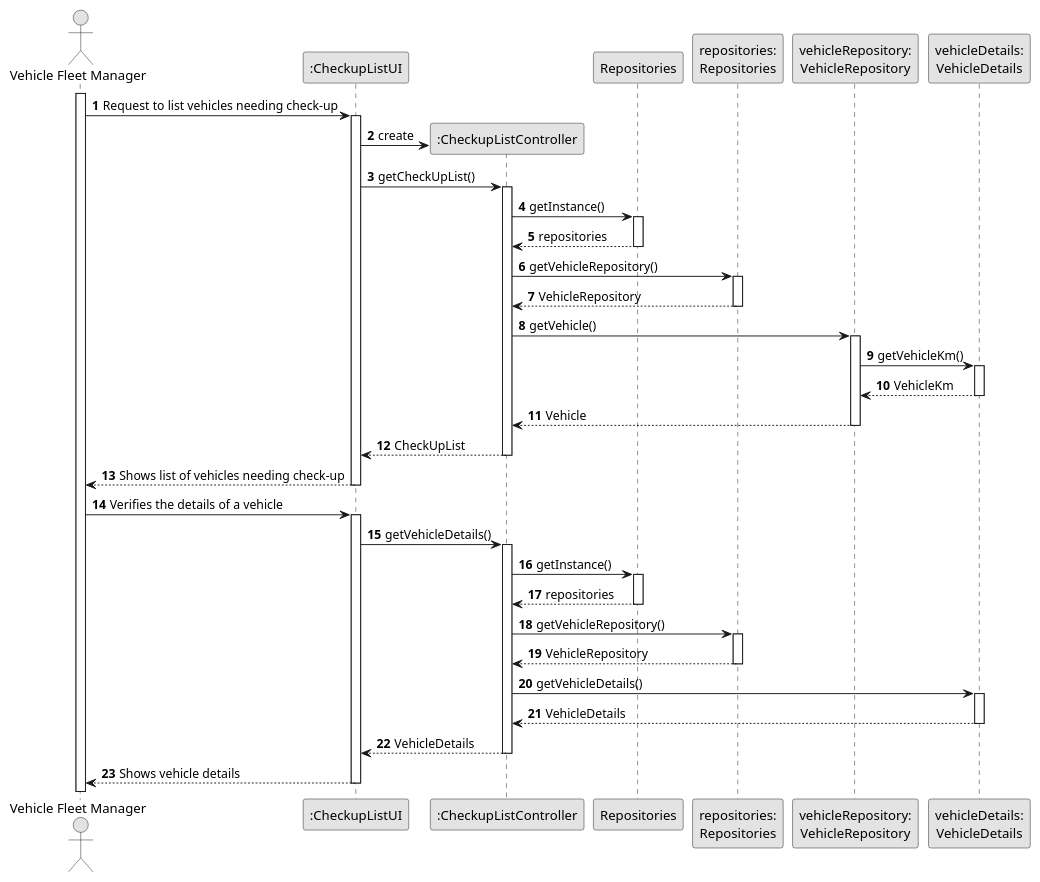
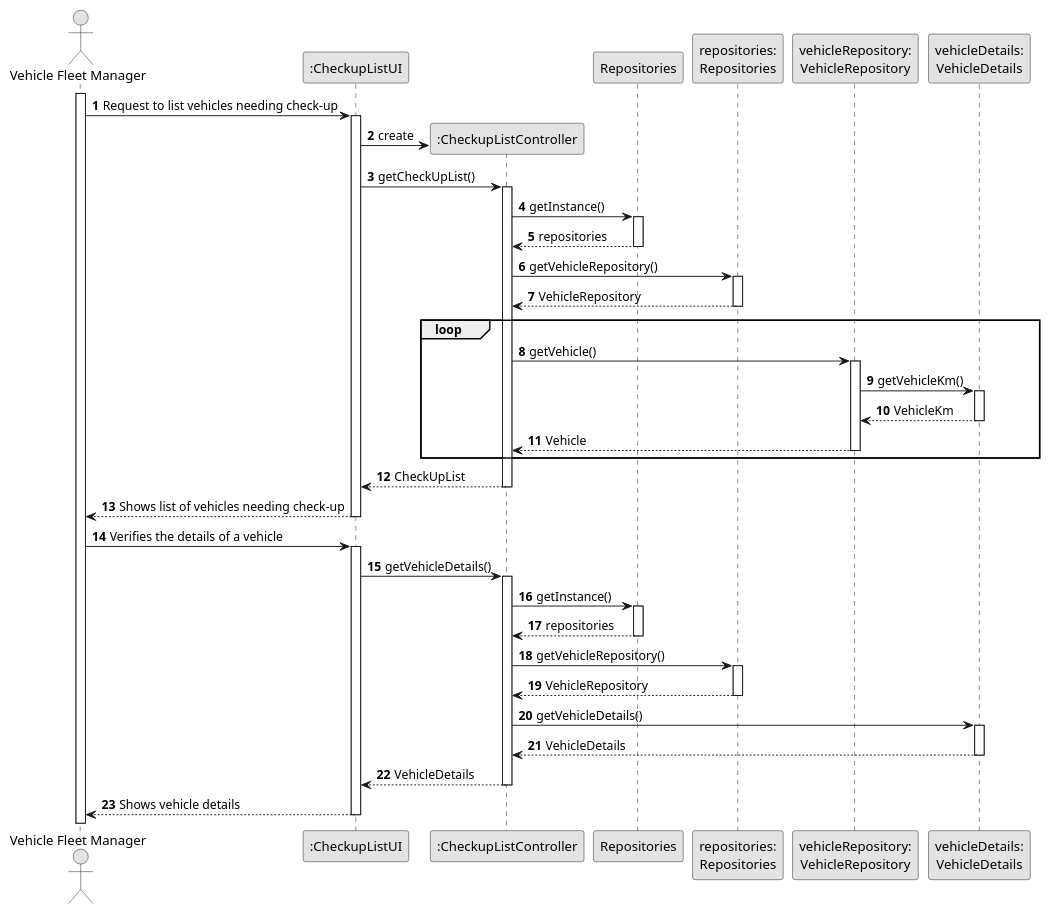
Before and after one commit to Departamento-de-Engenharia-Informatica/lei-24-s2-1df-1de-g063: the diagram in Sprint B/docs/SprintB/us008/03.design/puml/us008-sequence-diagram-full.puml, drawn with PlantUML. The commit also changed 1 other file, not shown here.

Commit message:
Sequence diagrams US7 US8

```diff
--- a/Sprint B/docs/SprintB/us008/03.design/puml/us008-sequence-diagram-full.puml
+++ b/Sprint B/docs/SprintB/us008/03.design/puml/us008-sequence-diagram-full.puml
@@ -1,86 +1,87 @@
 @startuml
 skinparam monochrome true
 skinparam packageStyle rectangle
 skinparam shadowing false
 
 autonumber
 
 'hide footbox
 actor "Vehicle Fleet Manager" as VFM
 participant ":CheckupListUI" as UI
 participant ":CheckupListController" as CTRL
 participant "Repositories" as Rep
 participant "repositories:\nRepositories" as Repositories
 participant "vehicleRepository:\nVehicleRepository" as VehicleRepository
 participant "vehicleDetails:\nVehicleDetails" as VehicleDetails
 
 activate VFM
 
 VFM -> UI : Request to list vehicles needing check-up
 
     activate UI
 
         UI -> CTRL** : create
 
         UI -> CTRL : getCheckUpList()
         activate CTRL
 
             CTRL -> Rep : getInstance()
             activate Rep
 
                 Rep --> CTRL : repositories
             deactivate Rep
 
             CTRL -> Repositories : getVehicleRepository()
             activate Repositories
 
             Repositories --> CTRL : VehicleRepository
             deactivate Repositories
 
+            loop
+                CTRL -> VehicleRepository : getVehicle()
+                activate VehicleRepository
 
-            CTRL -> VehicleRepository : getVehicle()
-            activate VehicleRepository
+                    VehicleRepository -> VehicleDetails : getVehicleKm()
+                    activate VehicleDetails
 
-                VehicleRepository -> VehicleDetails : getVehicleKm()
-                activate VehicleDetails
+                    VehicleDetails --> VehicleRepository : VehicleKm
+                    deactivate VehicleDetails
 
-                VehicleDetails --> VehicleRepository : VehicleKm
-                deactivate VehicleDetails
-
-            VehicleRepository --> CTRL : Vehicle
-            deactivate VehicleRepository
+                    VehicleRepository --> CTRL : Vehicle
+                deactivate VehicleRepository
+            end
 
             CTRL --> UI : CheckUpList
         deactivate CTRL
 
         UI --> VFM : Shows list of vehicles needing check-up
 
         deactivate UI
         VFM -> UI : Verifies the details of a vehicle
         activate UI
 
         UI -> CTRL : getVehicleDetails()
         activate CTRL
 
             CTRL -> Rep : getInstance()
             activate Rep
 
                 Rep --> CTRL : repositories
             deactivate Rep
             CTRL -> Repositories : getVehicleRepository()
             activate Repositories
 
                 Repositories --> CTRL : VehicleRepository
             deactivate Repositories
 
             CTRL -> VehicleDetails : getVehicleDetails()
             activate VehicleDetails
 
                 VehicleDetails --> CTRL : VehicleDetails
             deactivate VehicleDetails
             CTRL --> UI : VehicleDetails
         deactivate CTRL
         UI --> VFM : Shows vehicle details
     deactivate UI
 
 @enduml
```
